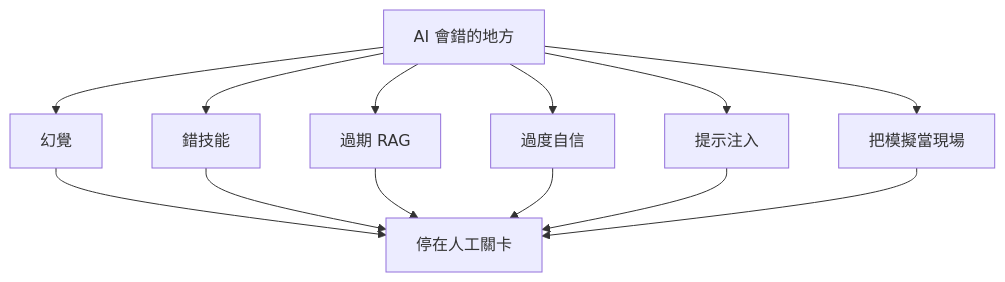
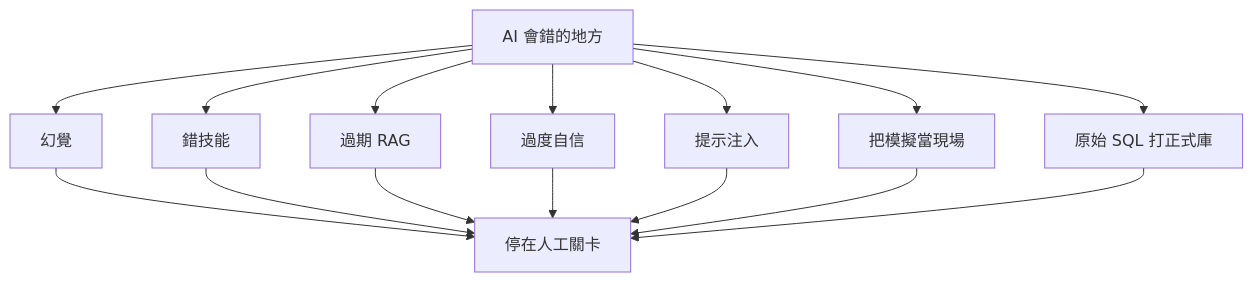
Diagram 12 of 13 in platform/docs/AI_USE.zh-Hant.md (hxyan2020/PRD), drawn with Mermaid before and after one commit. The commit also changed other lines of this file and 26 other files, not shown here.

````diff
--- a/platform/docs/AI_USE.zh-Hant.md
+++ b/platform/docs/AI_USE.zh-Hant.md
@@ -289,15 +352,17 @@
 ```mermaid
 graph TD
   Bad[AI 會錯的地方] --> Hall[幻覺]
   Bad --> Skill[錯技能]
   Bad --> Stale[過期 RAG]
   Bad --> Conf[過度自信]
   Bad --> Inj[提示注入]
   Bad --> Mock[把模擬當現場]
+  Bad --> Sql[原始 SQL 打正式庫]
   Hall --> Gate[停在人工關卡]
   Skill --> Gate
   Stale --> Gate
   Conf --> Gate
   Inj --> Gate
   Mock --> Gate
+  Sql --> Gate
 ```
````
